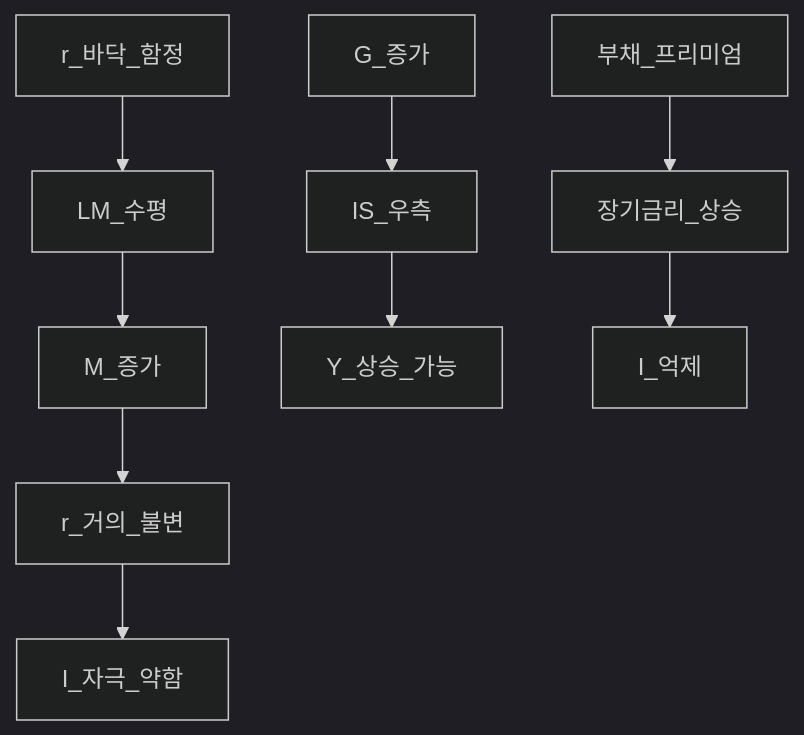
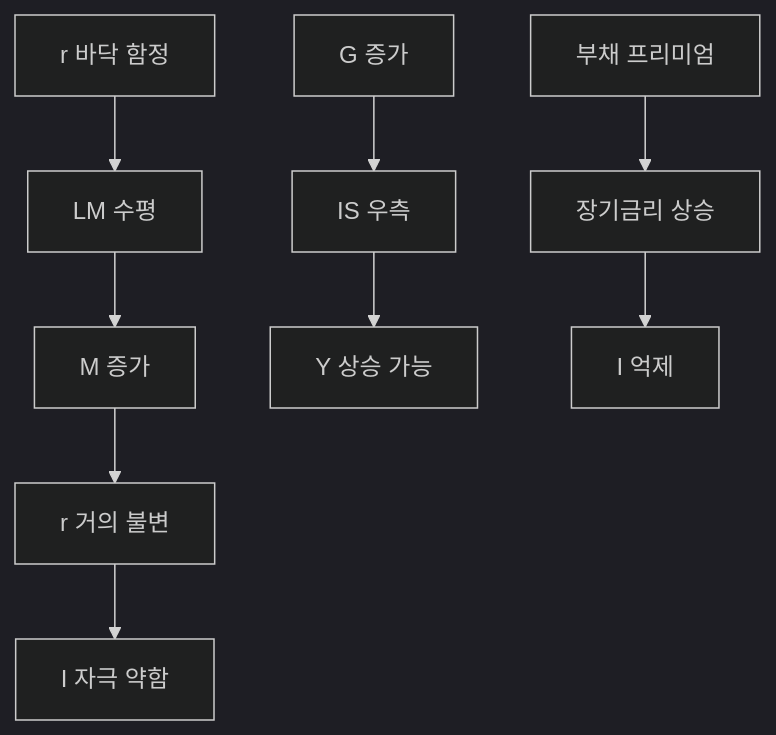
The third of 3 diagrams in 02-economics/macro-03-is-lm-ad-as.md (goldanghenry/Finances), drawn with Mermaid (dark theme) before and after one commit. The commit also changed other lines of this file and 211 other files, not shown here.

````diff
--- a/02-economics/macro-03-is-lm-ad-as.md
+++ b/02-economics/macro-03-is-lm-ad-as.md
@@ -174,11 +184,11 @@
 ```mermaid
 flowchart TD
-  Trap[r_바닥_함정] --> LMflat[LM_수평]
-  LMflat --> Mup[M_증가]
-  Mup --> rSame[r_거의_불변]
-  rSame --> Iweak[I_자극_약함]
-  Gup2[G_증가] --> ISright[IS_우측]
-  ISright --> Yup2[Y_상승_가능]
-  Debt[부채_프리미엄] --> rLong[장기금리_상승]
-  rLong --> Iweak2[I_억제]
+  Trap["r 바닥 함정"] --> LMflat["LM 수평"]
+  LMflat --> Mup["M 증가"]
+  Mup --> rSame["r 거의 불변"]
+  rSame --> Iweak["I 자극 약함"]
+  Gup2["G 증가"] --> ISright["IS 우측"]
+  ISright --> Yup2["Y 상승 가능"]
+  Debt["부채 프리미엄"] --> rLong["장기금리 상승"]
+  rLong --> Iweak2["I 억제"]
 ```
````
